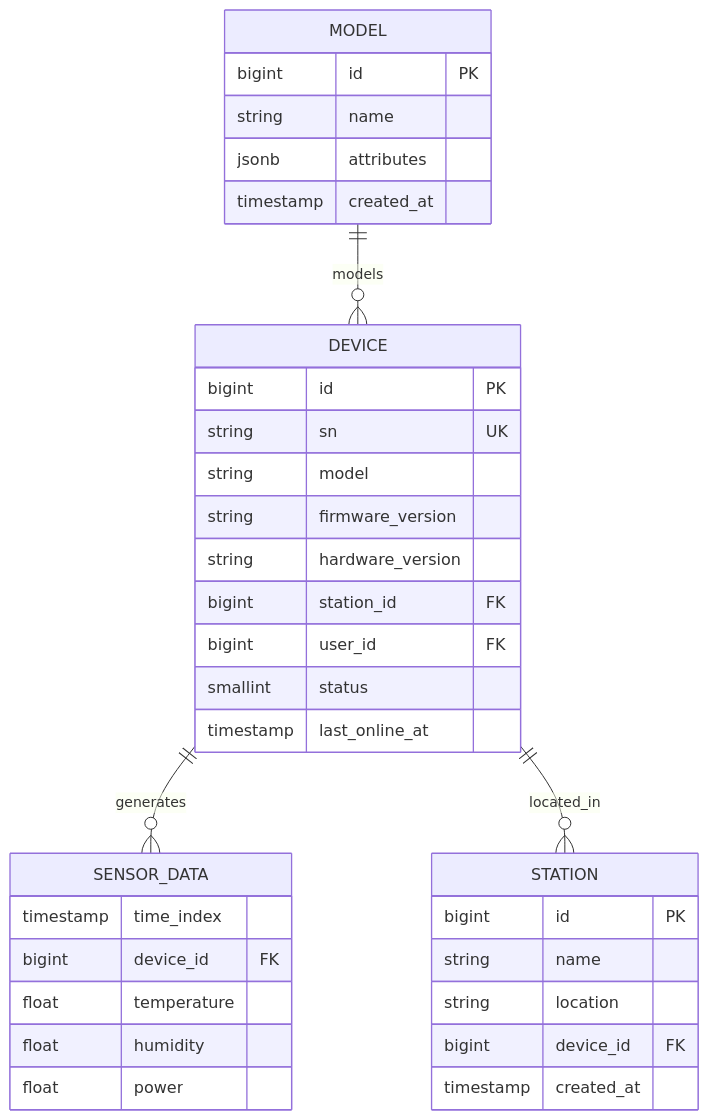
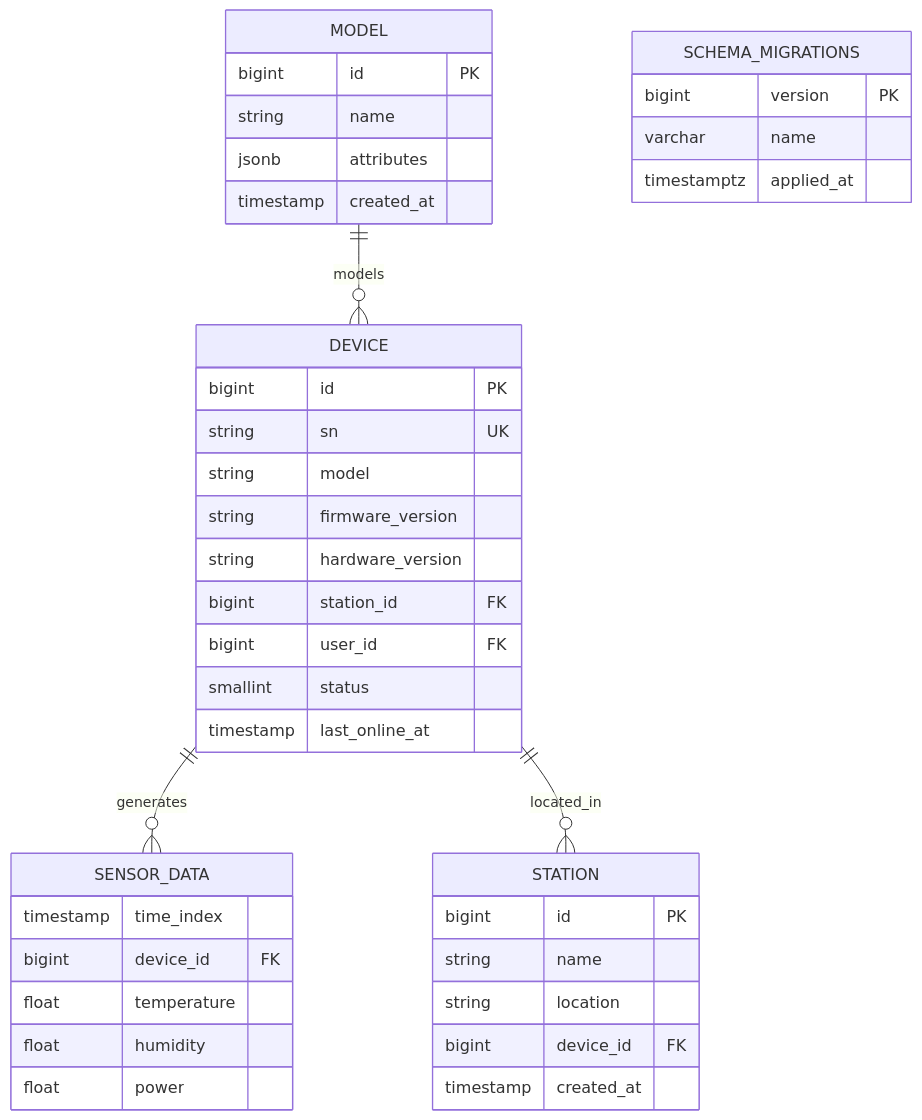
One commit to mcmrzy/cs_inv_monitor-develop changed the tenth of 27 diagrams in .qoder/repowiki/zh/content/数据库设计/数据库迁移管理.md. Above: the diagram before and after it, drawn with Mermaid. The commit also changed other lines of this file and 28 other files, not shown here.

````diff
--- a/.qoder/repowiki/zh/content/数据库设计/数据库迁移管理.md
+++ b/.qoder/repowiki/zh/content/数据库设计/数据库迁移管理.md
@@ -326,37 +438,42 @@
 ```mermaid
 erDiagram
 DEVICE {
 bigint id PK
 string sn UK
 string model
 string firmware_version
 string hardware_version
 bigint station_id FK
 bigint user_id FK
 smallint status
 timestamp last_online_at
 }
 MODEL {
 bigint id PK
 string name
 jsonb attributes
 timestamp created_at
 }
 STATION {
 bigint id PK
 string name
 string location
 bigint device_id FK
 timestamp created_at
 }
 SENSOR_DATA {
 timestamp time_index
 bigint device_id FK
 float temperature
 float humidity
 float power
 }
+SCHEMA_MIGRATIONS {
+bigint version PK
+varchar name
+timestamptz applied_at
+}
 DEVICE ||--o{ SENSOR_DATA : generates
 MODEL ||--o{ DEVICE : models
 DEVICE ||--o{ STATION : located_in
 ```
````
